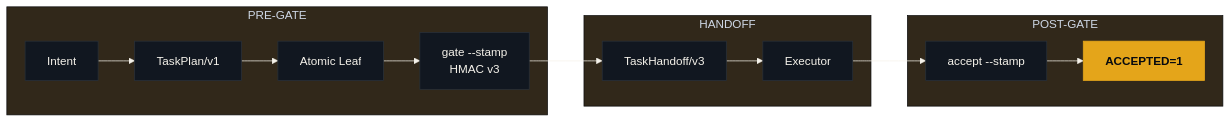
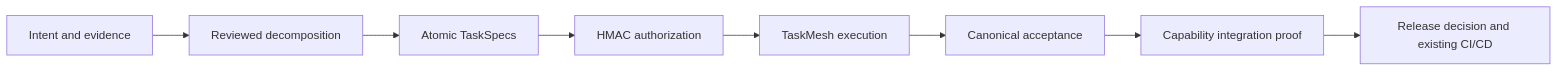
One commit to luanmorenommaciel/task-spec changed the first of 2 diagrams in README.md. Above: the diagram before and after it, drawn with Mermaid. The commit also changed other lines of this file and 7 other files, not shown here.

````diff
--- a/README.md
+++ b/README.md
@@ -349,23 +47,10 @@
 ```mermaid
-%%{init: {'theme': 'base', 'themeVariables': { 'background': '#070A0F', 'primaryColor': '#111720', 'primaryTextColor': '#F5F2EA', 'primaryBorderColor': '#29313A', 'lineColor': '#F5F2EA'}}}%%
 flowchart LR
-    subgraph PRE["PRE-GATE"]
-        Intent["Intent"] --> Plan["TaskPlan/v1"]
-        Plan --> Leaf["Atomic Leaf"]
-        Leaf --> Gate["gate --stamp<br/>HMAC v3"]
-    end
-
-    subgraph HANDOFF["HANDOFF"]
-        Gate --> Transfer["TaskHandoff/v3"]
-        Transfer --> Executor["Executor"]
-    end
-
-    subgraph POST["POST-GATE"]
-        Executor --> Accept["accept --stamp"]
-        Accept --> Verdict["ACCEPTED=1"]
-    end
-
-    classDef default fill:#111720,stroke:#29313A,color:#F5F2EA
-    classDef verdict fill:#E4A51A,stroke:#E4A51A,color:#070A0F,font-weight:bold
-    class Verdict verdict
+    Intent["Intent and evidence"] --> Plan["Reviewed decomposition"]
+    Plan --> Task["Atomic TaskSpecs"]
+    Task --> Seal["HMAC authorization"]
+    Seal --> Mesh["TaskMesh execution"]
+    Mesh --> Accept["Canonical acceptance"]
+    Accept --> Proof["Capability integration proof"]
+    Proof --> Release["Release decision and existing CI/CD"]
 ```
````
